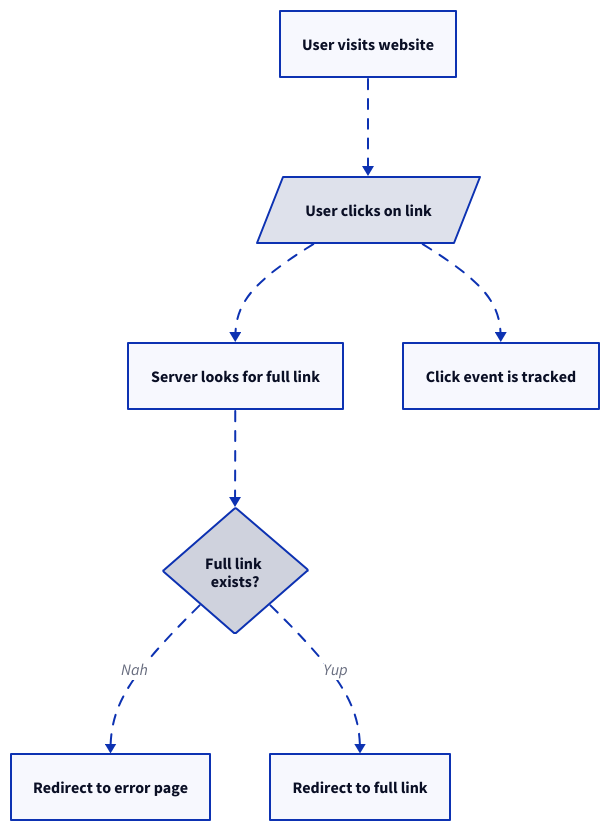
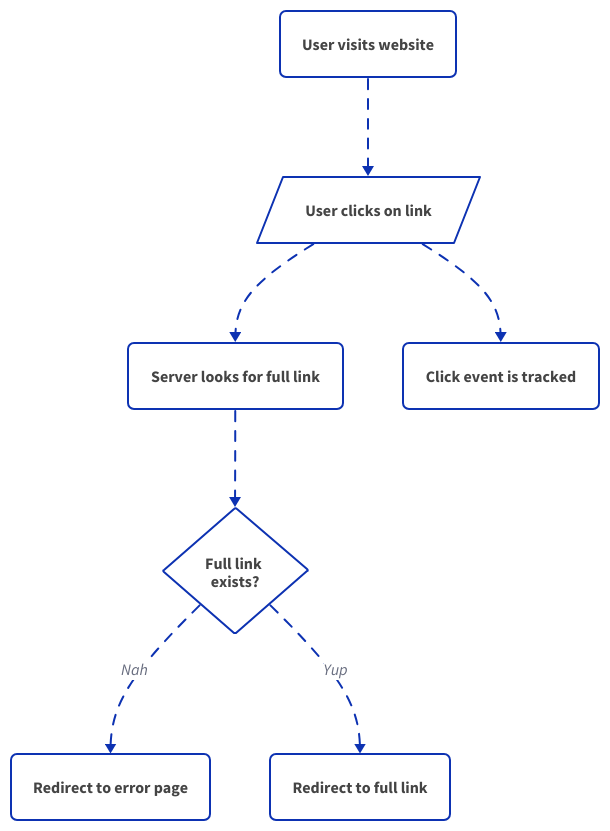
One commit to anav5704/anav.dev changed the diagram in src/content/projects/links-dashboard.md. Above: the diagram before and after it, drawn with D2. The commit also changed 1 other file, not shown here.

Commit message:
chore: update existing d2 diagrams

````diff
--- a/src/content/projects/links-dashboard.md
+++ b/src/content/projects/links-dashboard.md
@@ -36,18 +36,22 @@
 ```d2
-    A: User visits website
-    B: User clicks on link
-    B.shape: parallelogram
-    C: Server looks for full link
-    D: Full link \n exists?
-    D.shape: diamond
-    E: Redirect to error page
-    F: Redirect to full link
-    G: Click event is tracked
-    
-    A --> B {style: { animated: true }}
-    B --> C {style: { animated: true }}
-    B --> G {style: { animated: true }}
-    C --> D {style: { animated: true }}
-    D --> E: Nah {style: { animated: true }}
-    D --> F: Yup {style: { animated: true }}
+*.style.border-radius: 6
+*.style.fill: "#fff"
+*.style.font-color: "#444"
+
+A: User visits website
+B: User clicks on link
+B.shape: parallelogram
+C: Server looks for full link
+D: Full link \n exists?
+D.shape: diamond
+E: Redirect to error page
+F: Redirect to full link
+G: Click event is tracked
+
+A --> B {style: { animated: true }}
+B --> C {style: { animated: true }}
+B --> G {style: { animated: true }}
+C --> D {style: { animated: true }}
+D --> E: Nah {style: { animated: true }}
+D --> F: Yup {style: { animated: true }}
 ```
````
